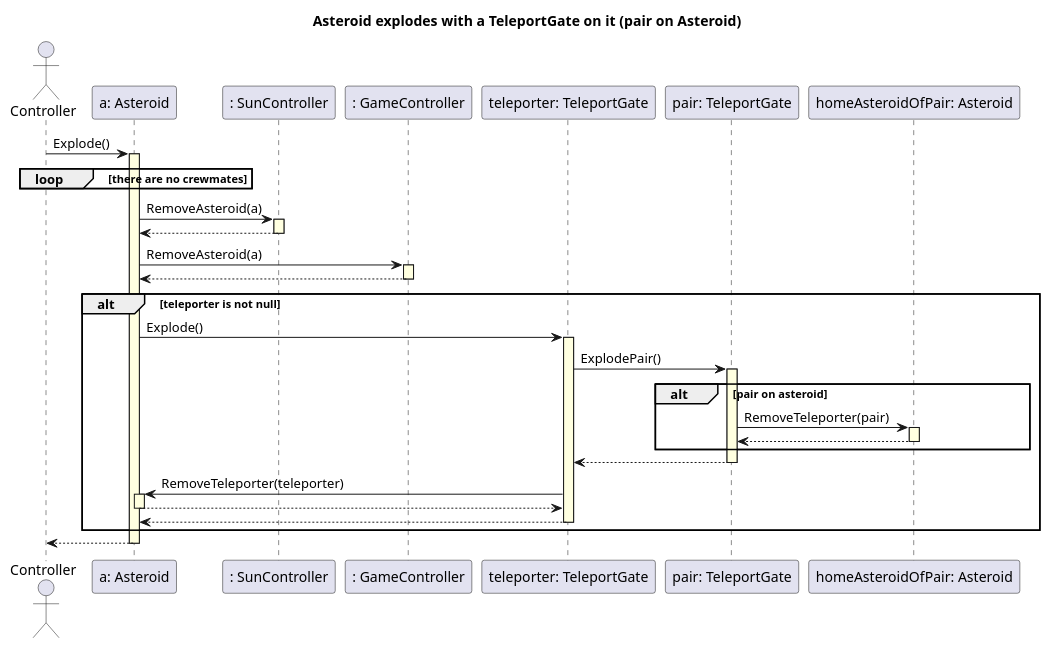
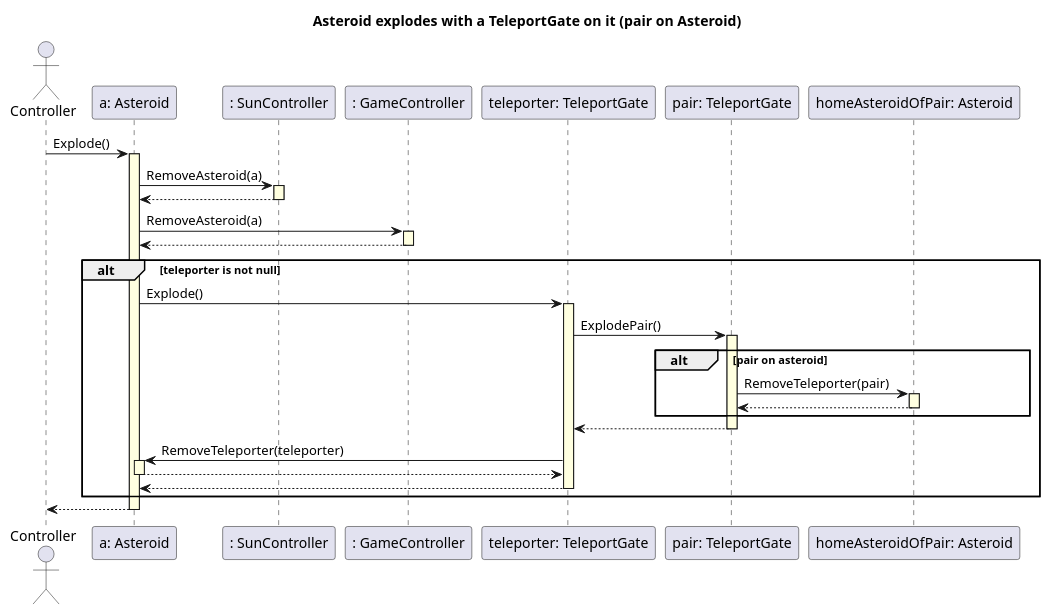
One commit to bbucsy/projlab_holy_oil changed the diagram in uml/aster_expl_w_teleport.plantuml. Above: the diagram before and after it, drawn with PlantUML. The commit also changed 4 other files, not shown here.

```diff
--- a/uml/aster_expl_w_teleport.plantuml
+++ b/uml/aster_expl_w_teleport.plantuml
@@ -1,50 +1,48 @@
 @startuml
 skinparam SequenceLifeLineBackgroundColor LightYellow
 
 title "Asteroid explodes with a TeleportGate on it (pair on Asteroid)"
 
 actor Controller as C
 
 participant "a: Asteroid" as a
 participant ": SunController" as sun
 participant ": GameController" as game
 participant "teleporter: TeleportGate" as tport
 participant "pair: TeleportGate" as pair
 participant "homeAsteroidOfPair: Asteroid" as home1
 
 C -> a ++ : Explode()
 
-loop there are no crewmates
-end
 
 a -> sun ++ : RemoveAsteroid(a)
 sun --> a --
 
 a -> game ++ : RemoveAsteroid(a)
 game --> a --
 
 alt teleporter is not null
 
     a -> tport ++ : Explode()
 
         tport -> pair ++ : ExplodePair()
         
             alt pair on asteroid
 
                 pair -> home1 ++ : RemoveTeleporter(pair)
                 home1 --> pair --
 
             end
         
         pair --> tport --
 
         tport -> a ++ : RemoveTeleporter(teleporter)
         a --> tport --
 
     tport --> a --
 
 end
 
 a --> C --
 
 @enduml
```
